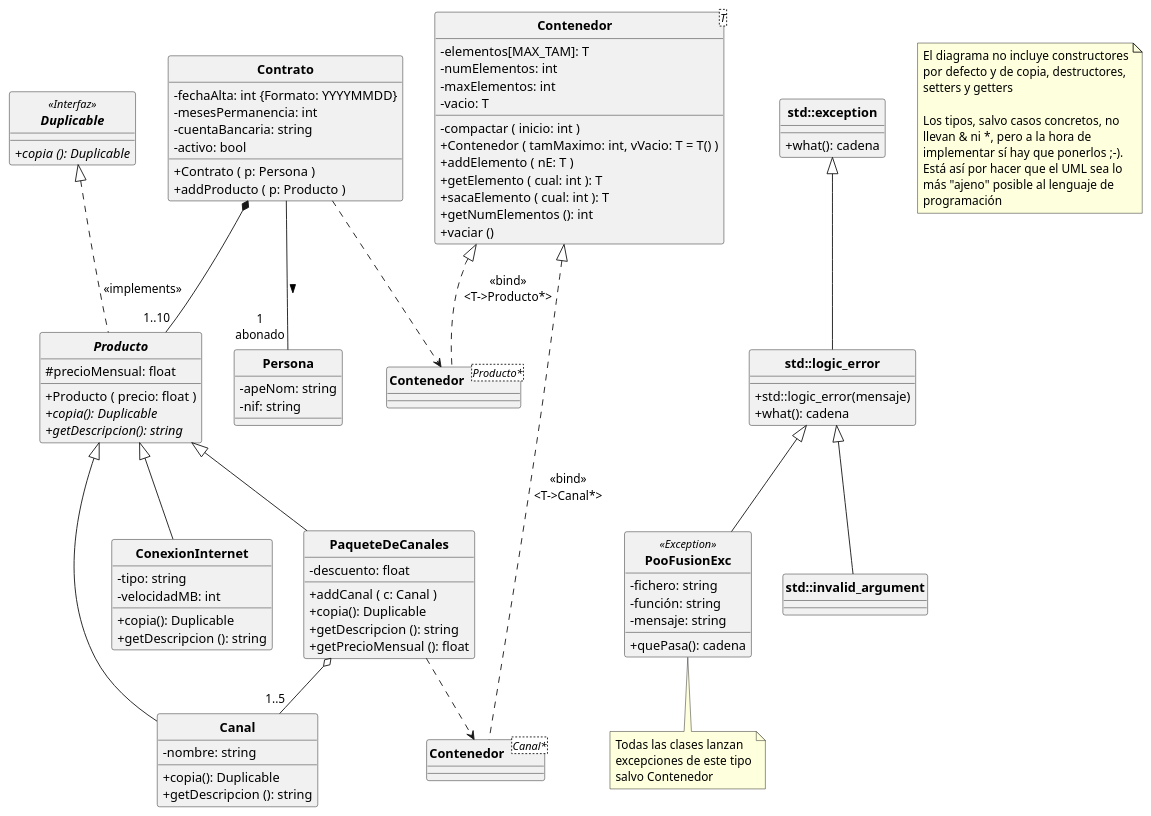
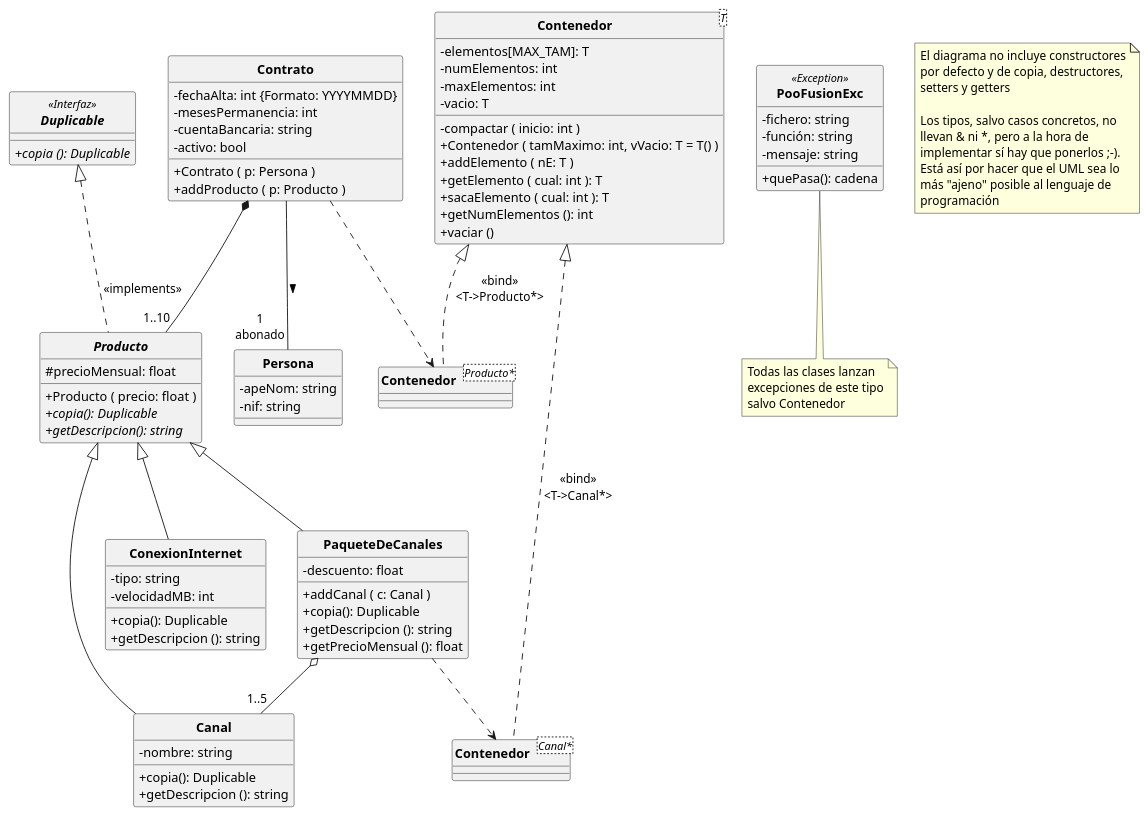
Before and after one commit to POOUJA/PooFusion: the diagram in PooFusion.puml, drawn with PlantUML. The commit also changed 5 other files, not shown here.

```diff
--- a/PooFusion.puml
+++ b/PooFusion.puml
@@ -1,122 +1,112 @@
 @startuml
 
 hide circle
 skinparam classattributeiconsize 0
 skinparam classFontStyle bold
 
 interface Duplicable<<Interfaz>> {
    + {abstract} copia (): Duplicable
 }
 
 class Persona {
    - apeNom: string
    - nif: string
 }
 
 class Contrato {
    - fechaAlta: int {Formato: YYYYMMDD}
    - mesesPermanencia: int
    - cuentaBancaria: string
    - activo: bool
    + Contrato ( p: Persona )
    + addProducto ( p: Producto )
 }
 
 abstract class Producto {
    # precioMensual: float
    + Producto ( precio: float )
    + {abstract} copia(): Duplicable
    + {abstract} getDescripcion(): string
 }
 
 class ConexionInternet {
    - tipo: string
    - velocidadMB: int
    + copia(): Duplicable
    + getDescripcion (): string
 }
 
 class Canal {
    - nombre: string
    + copia(): Duplicable
    + getDescripcion (): string
 }
 
 class PaqueteDeCanales {
    - descuento: float
    + addCanal ( c: Canal )
    + copia(): Duplicable
    + getDescripcion (): string
    + getPrecioMensual (): float
 }
 
 class Contenedor<T> {
    - elementos[MAX_TAM]: T
    - numElementos: int
    - maxElementos: int
    - vacio: T
 
    - compactar ( inicio: int )
    + Contenedor ( tamMaximo: int, vVacio: T = T() )
    + addElemento ( nE: T )
    + getElemento ( cual: int ): T
    + sacaElemento ( cual: int ): T
    + getNumElementos (): int
    + vaciar ()
 }
 
-class PooFusionExc<<Exception>> extends std::logic_error{
+class PooFusionExc<<Exception>> {
    - fichero: string
    - función: string
    - mensaje: string
    + quePasa(): cadena
 }
 note bottom of PooFusionExc
    Todas las clases lanzan
    excepciones de este tipo
    salvo Contenedor
 end note
-
-class std::exception {
-  + what(): cadena
-}
-
-class std::logic_error extends std::exception {
-  +std::logic_error(mensaje)
-  + what(): cadena
-}
-class std::invalid_argument extends std::logic_error
 
 class "Contenedor<Canal*>" as CC {
 }
 
 class "Contenedor<Producto*>" as CP{
 }
 
 
 Contrato -- "1\nabonado" Persona: >
 Producto <|-- ConexionInternet 
 Producto <|-- Canal
 Producto <|-- PaqueteDeCanales
 Contenedor <|.. CP: <<bind>>\n<T->Producto*>
 Contrato ..> CP
 Contrato *-- "1..10" Producto
 Duplicable <|.. Producto: <<implements>>
 Contenedor <|.. CC: <<bind>>\n<T->Canal*>
 PaqueteDeCanales o-- "1..5"Canal
 PaqueteDeCanales ..> CC
 
 note as Nota1
    El diagrama no incluye constructores
    por defecto y de copia, destructores,
    setters y getters
 
    Los tipos, salvo casos concretos, no
    llevan & ni *, pero a la hora de
    implementar sí hay que ponerlos ;-). 
    Está así por hacer que el UML sea lo
    más "ajeno" posible al lenguaje de
    programación
 end note
 
 @enduml
```
